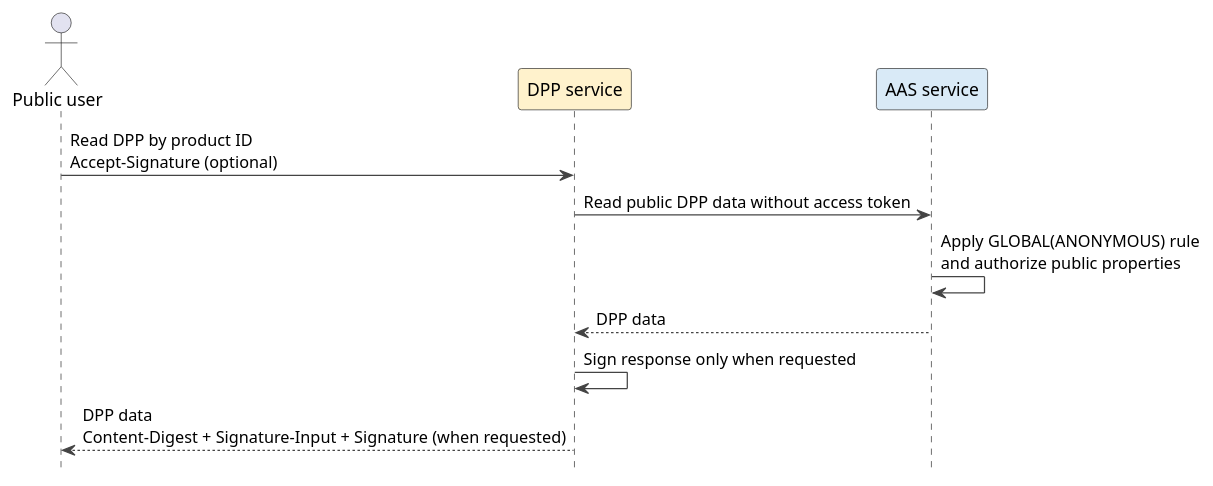
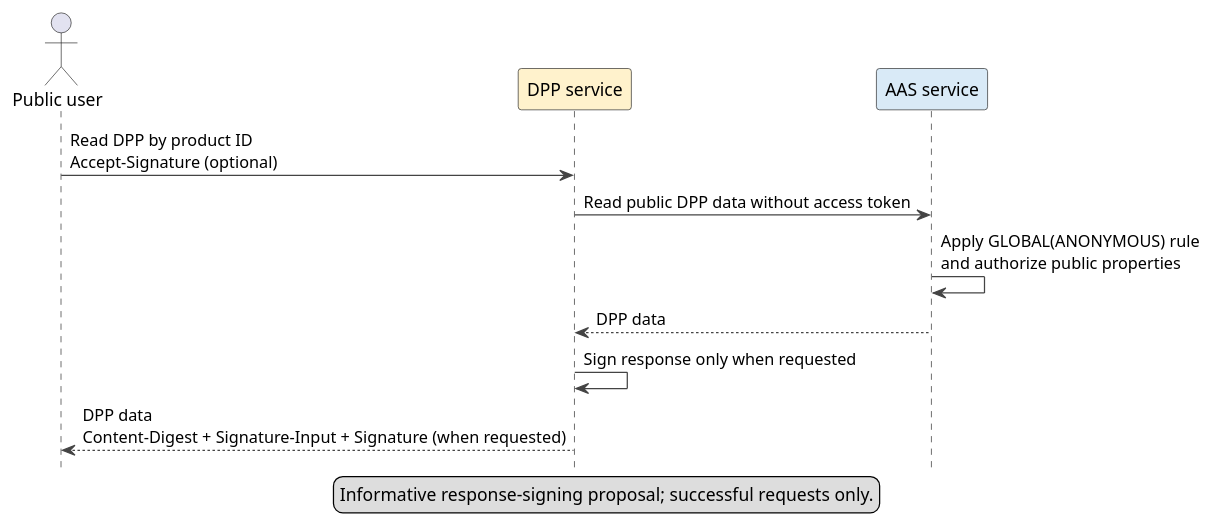
One commit to Martin187187/aas-specs-security changed the diagram in documentation/IDTA-01004/modules/ROOT/partials/diagrams/dpp-public-read.puml. Above: the diagram before and after it, drawn with PlantUML. The commit also changed 5 other files, not shown here.

```diff
--- a/documentation/IDTA-01004/modules/ROOT/partials/diagrams/dpp-public-read.puml
+++ b/documentation/IDTA-01004/modules/ROOT/partials/diagrams/dpp-public-read.puml
@@ -1,19 +1,23 @@
 @startuml
 ' Copyright (c) 2026 Industrial Digital Twin Association
 ' SPDX-License-Identifier: CC-BY-4.0
 
 skinparam shadowing false
 skinparam ArrowColor #444444
 hide footbox
+
+legend bottom
+  Informative response-signing proposal; successful requests only.
+endlegend
 
 actor "Public user" as User
 participant "DPP service" as DPP #FFF2CC
 participant "AAS service" as AAS #D9EAF7
 
 User -> DPP : Read DPP by product ID\nAccept-Signature (optional)
 DPP -> AAS : Read public DPP data without access token
 AAS -> AAS : Apply GLOBAL(ANONYMOUS) rule\nand authorize public properties
 AAS --> DPP : DPP data
 DPP -> DPP : Sign response only when requested
 DPP --> User : DPP data\nContent-Digest + Signature-Input + Signature (when requested)
 @enduml
```
